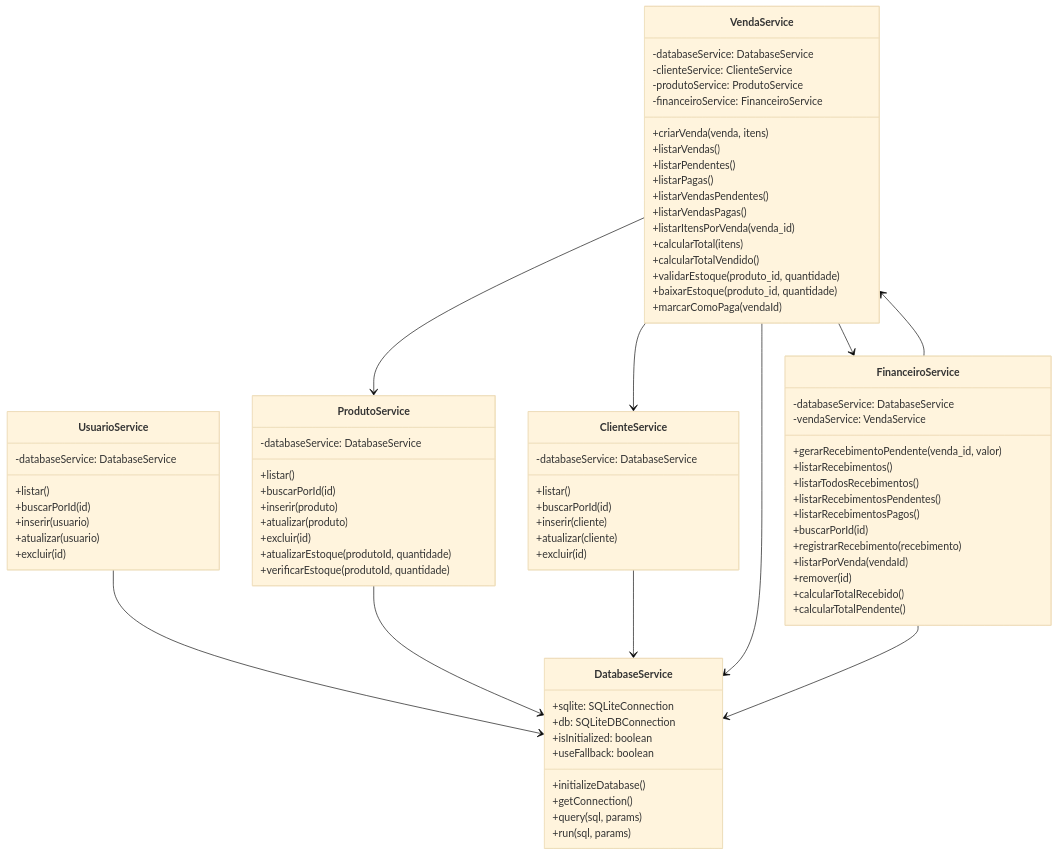
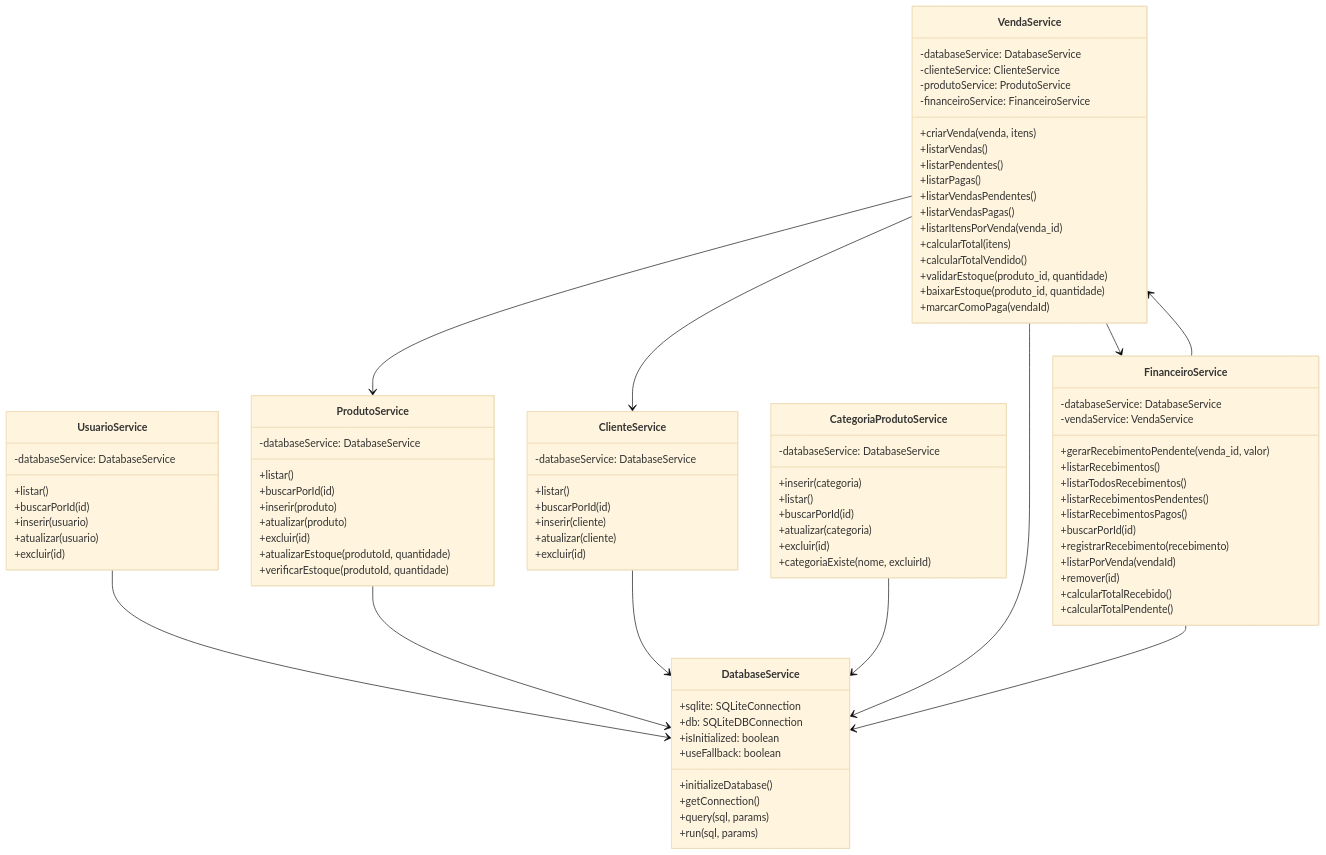
The fifth of 9 diagrams in documentacao/DIAGRAMAS.md (EduardoHenrrykSimonato/sistema-gestao-comercial), drawn with Mermaid (base theme) before and after one commit. The commit also changed other lines of this file and 25 other files, not shown here.

```diff
--- a/documentacao/DIAGRAMAS.md
+++ b/documentacao/DIAGRAMAS.md
@@ -215,9 +225,20 @@
         +calcularTotalPendente()
     }
 
+    class CategoriaProdutoService {
+        -databaseService: DatabaseService
+        +inserir(categoria)
+        +listar()
+        +buscarPorId(id)
+        +atualizar(categoria)
+        +excluir(id)
+        +categoriaExiste(nome, excluirId)
+    }
+
     UsuarioService --> DatabaseService
     ProdutoService --> DatabaseService
     ClienteService --> DatabaseService
+    CategoriaProdutoService --> DatabaseService
     VendaService --> DatabaseService
     VendaService --> ClienteService
     VendaService --> ProdutoService
```
